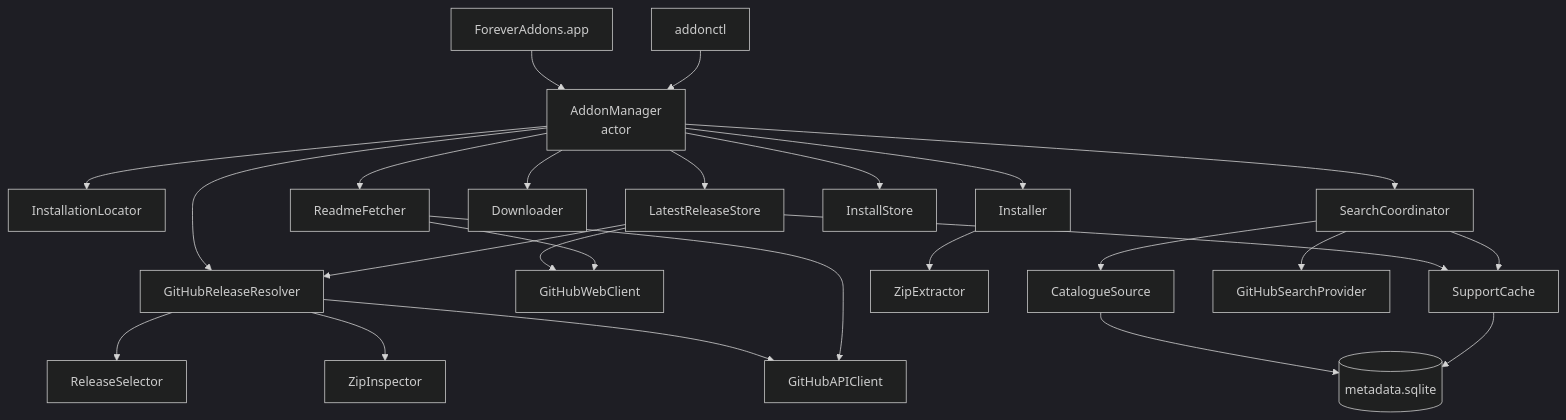
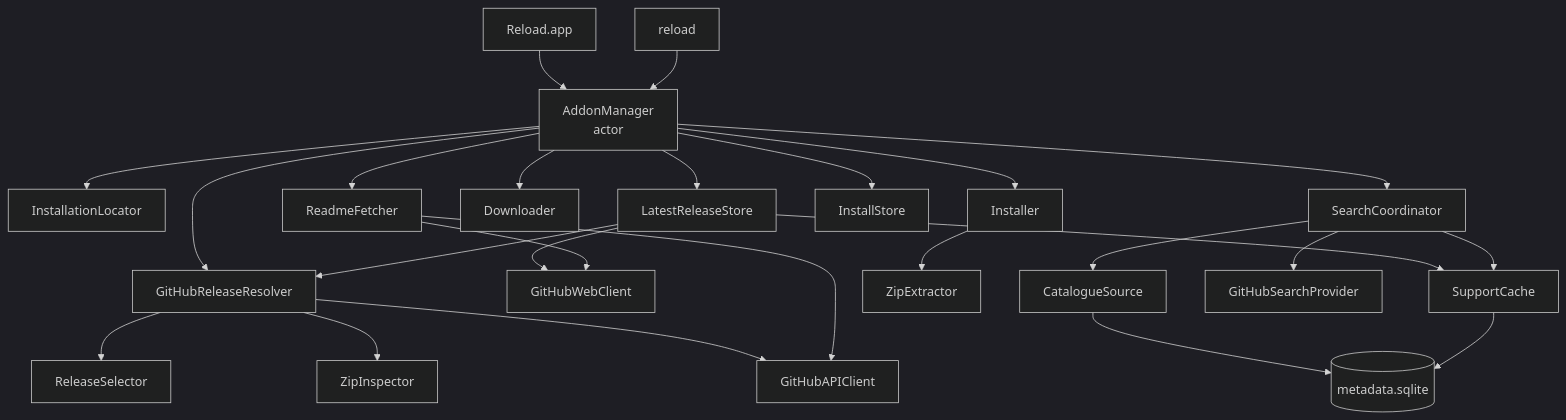
One commit to miotke/reload changed the diagram in docs/architecture/core.md. Above: the diagram before and after it, drawn with Mermaid (dark theme). The commit also changed other lines of this file and 210 other files, not shown here.

````diff
--- a/docs/architecture/core.md
+++ b/docs/architecture/core.md
@@ -7,14 +7,14 @@
 ```mermaid
 flowchart TB
-    App[ForeverAddons.app] --> AM
-    CLI[addonctl] --> AM
+    App[Reload.app] --> AM
+    CLI[reload] --> AM
     AM[AddonManager<br/>actor]
     AM --> Loc[InstallationLocator] & LR[LatestReleaseStore] & GH[GitHubReleaseResolver] & RF[ReadmeFetcher]
     AM --> DL[Downloader] & Inst[Installer] & Store[InstallStore] & Search[SearchCoordinator]
     LR --> GH & Web[GitHubWebClient] & SC
     GH --> Sel[ReleaseSelector] & Zip[ZipInspector] & API[GitHubAPIClient]
     RF --> Web & API
     Inst --> Ext[ZipExtractor]
     Search --> Cat[CatalogueSource] & GHS[GitHubSearchProvider] & SC[SupportCache]
     Cat & SC --> DB[(metadata.sqlite)]
 ```
````
